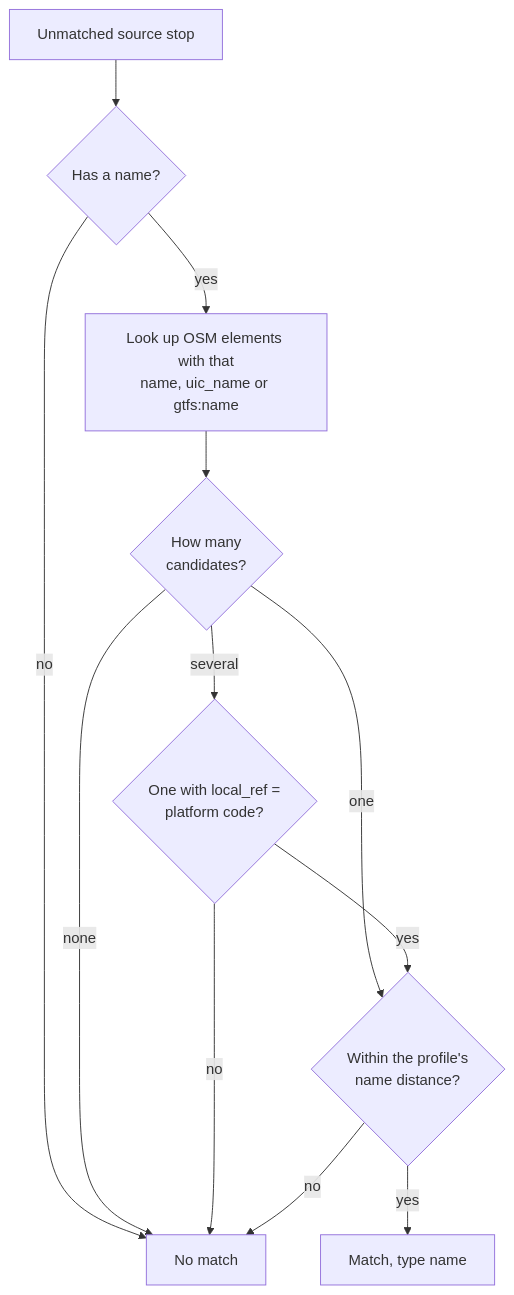
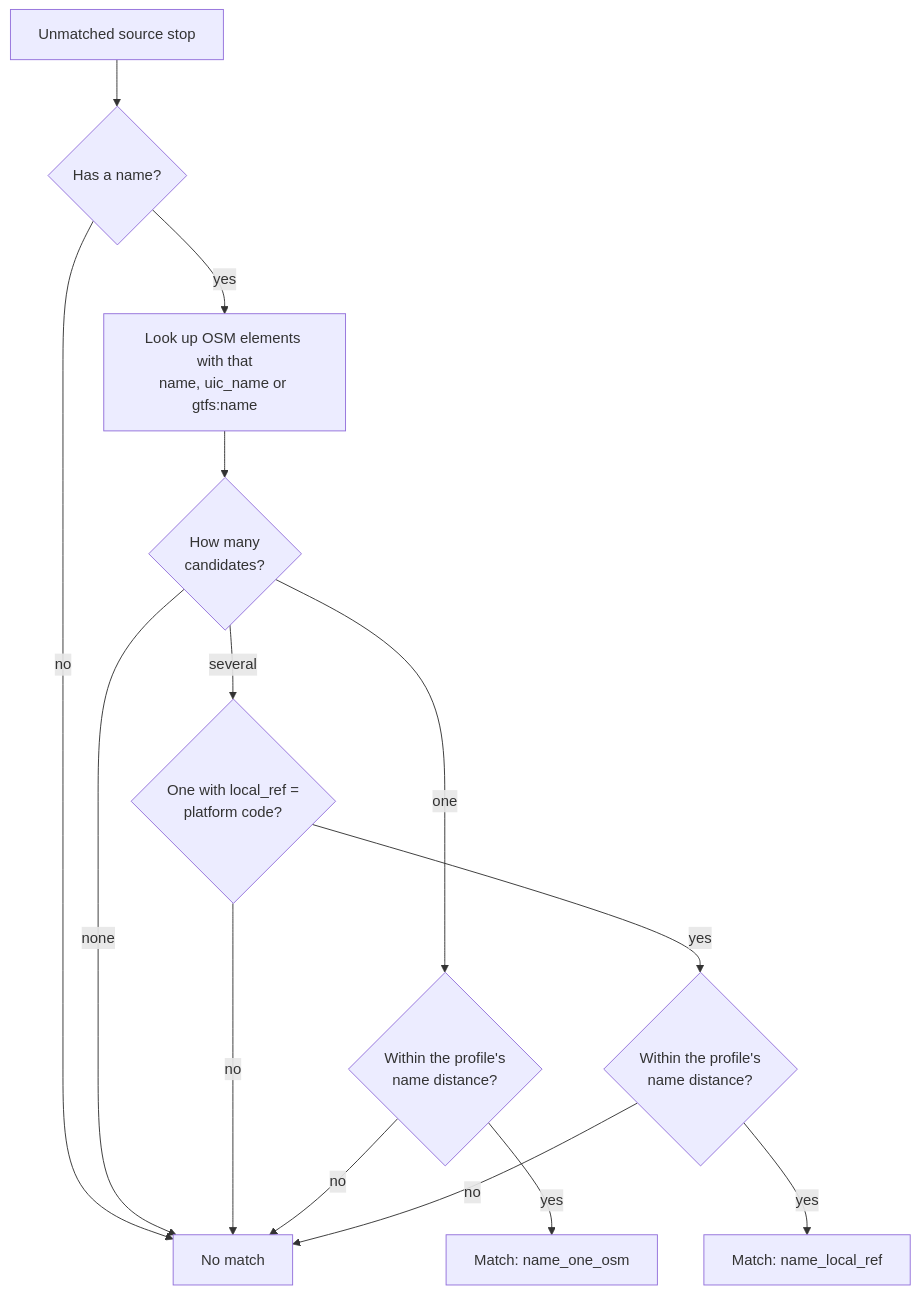
The diagram in documentation/2.2 Name matching.md (openTdataCH/osm-public-transport-matcher), drawn with Mermaid before and after one commit. The commit also changed other lines of this file and 38 other files, not shown here.

First line of the commit message:
Name the matching rules and match types after their evidence

````diff
--- a/documentation/2.2 Name matching.md
+++ b/documentation/2.2 Name matching.md
@@ -5,14 +5,16 @@
 ```mermaid
 flowchart TB
     A["Unmatched source stop"] --> Z{"Has a name?"}
     Z -->|"no"| X["No match"]
     Z -->|"yes"| K["Look up OSM elements with that<br/>name, uic_name or gtfs:name"]
     K --> S{"How many<br/>candidates?"}
     S -->|"none"| X
-    S -->|"one"| L{"Within the profile's<br/>name distance?"}
+    S -->|"one"| L1{"Within the profile's<br/>name distance?"}
     S -->|"several"| D{"One with local_ref =<br/>platform code?"}
-    D -->|"yes"| L
+    D -->|"yes"| L2{"Within the profile's<br/>name distance?"}
     D -->|"no"| X
-    L -->|"yes"| M["Match, type name"]
-    L -->|"no"| X
+    L1 -->|"yes"| M1["Match: name_one_osm"]
+    L2 -->|"yes"| M2["Match: name_local_ref"]
+    L1 -->|"no"| X
+    L2 -->|"no"| X
 ```
````
